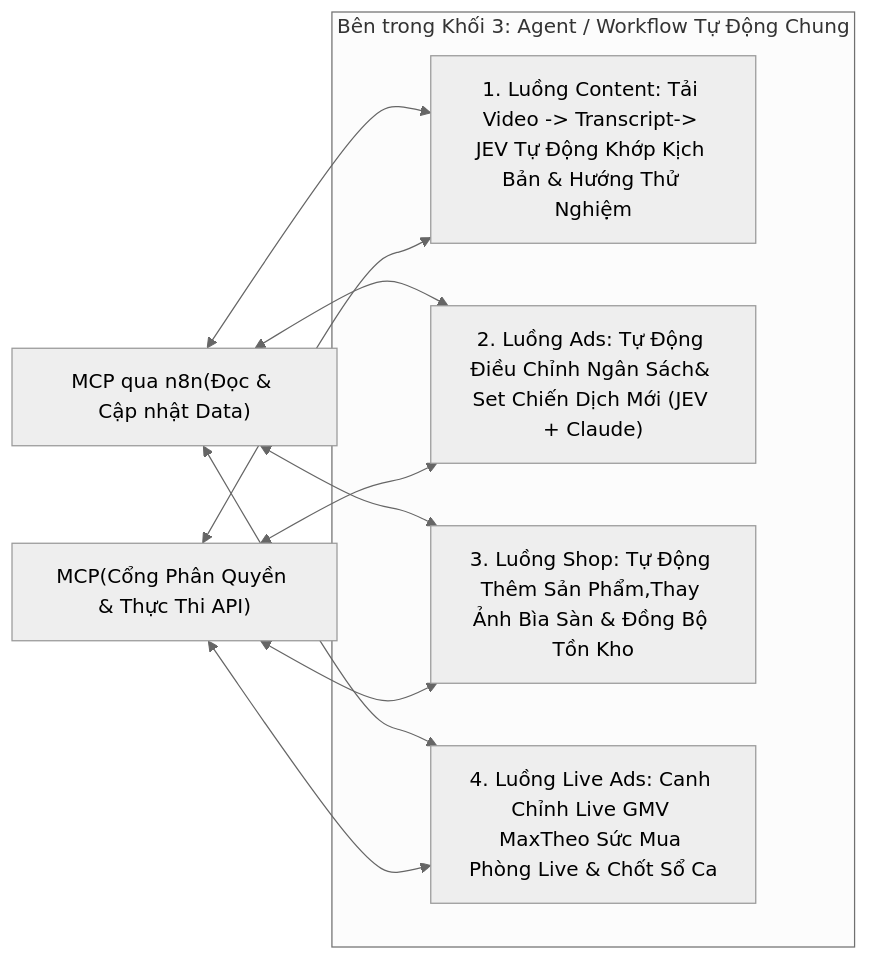
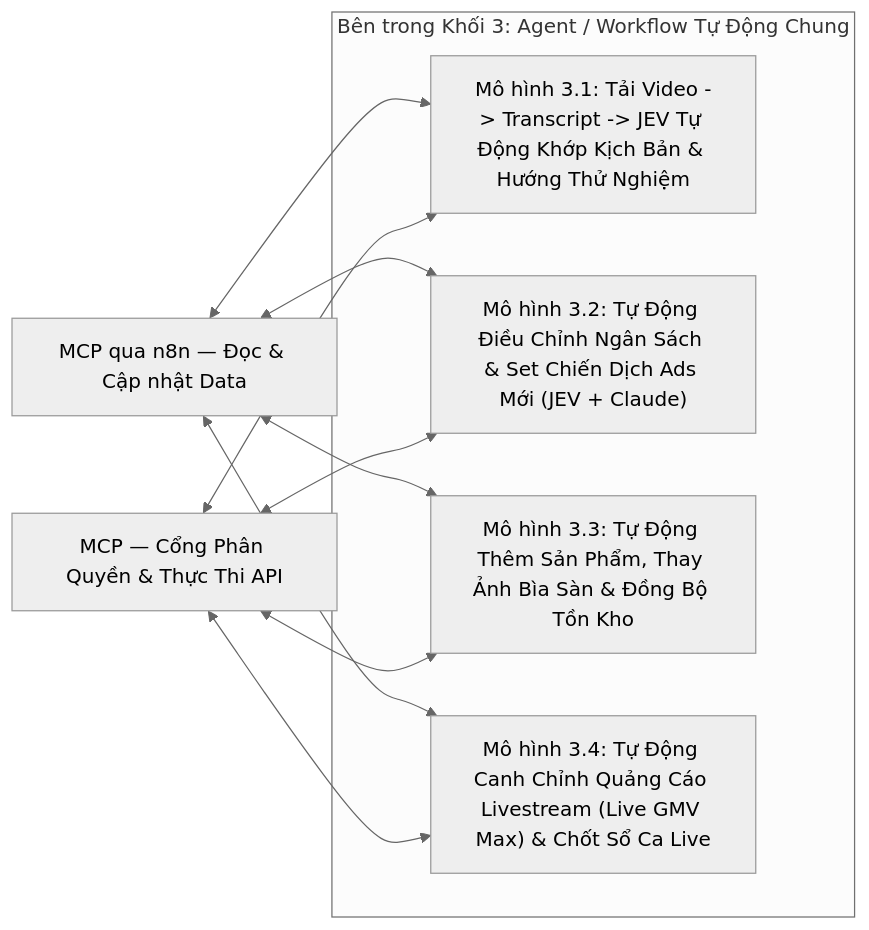
The ninth of 17 diagrams in SYSTEM_ARCHITECTURE.md (hattorimkk/api-docs), drawn with Mermaid (neutral theme) before and after one commit. The commit also changed other lines of this file, not shown here.

````diff
--- a/SYSTEM_ARCHITECTURE.md
+++ b/SYSTEM_ARCHITECTURE.md
@@ -547,24 +722,24 @@
 ```mermaid
 flowchart LR
-    MCP_DATA["MCP qua n8n(Đọc & Cập nhật Data)"]
-    MCP_ACT["MCP(Cổng Phân Quyền & Thực Thi API)"]
+    MCP_DATA["MCP qua n8n — Đọc & Cập nhật Data"]
+    MCP_ACT["MCP — Cổng Phân Quyền & Thực Thi API"]
 
     subgraph BOX3_DETAIL["Bên trong Khối 3: Agent / Workflow Tự Động Chung"]
-        W_CONTENT["1. Luồng Content: Tải Video -> Transcript-> JEV Tự Động Khớp Kịch Bản & Hướng Thử Nghiệm"]
-        W_ADS["2. Luồng Ads: Tự Động Điều Chỉnh Ngân Sách& Set Chiến Dịch Mới (JEV + Claude)"]
-        W_SHOP["3. Luồng Shop: Tự Động Thêm Sản Phẩm,Thay Ảnh Bìa Sàn & Đồng Bộ Tồn Kho"]
-        W_LIVE["4. Luồng Live Ads: Canh Chỉnh Live GMV MaxTheo Sức Mua Phòng Live & Chốt Sổ Ca"]
+        W_CONTENT["Mô hình 3.1: Tải Video -> Transcript -> JEV Tự Động Khớp Kịch Bản & Hướng Thử Nghiệm"]
+        W_ADS["Mô hình 3.2: Tự Động Điều Chỉnh Ngân Sách & Set Chiến Dịch Ads Mới (JEV + Claude)"]
+        W_SHOP["Mô hình 3.3: Tự Động Thêm Sản Phẩm, Thay Ảnh Bìa Sàn & Đồng Bộ Tồn Kho"]
+        W_LIVE["Mô hình 3.4: Tự Động Canh Chỉnh Quảng Cáo Livestream (Live GMV Max) & Chốt Sổ Ca Live"]
     end
 
     MCP_DATA <--> W_CONTENT
     MCP_ACT <--> W_CONTENT
 
     MCP_DATA <--> W_ADS
     MCP_ACT <--> W_ADS
 
     MCP_DATA <--> W_SHOP
     MCP_ACT <--> W_SHOP
 
     MCP_DATA <--> W_LIVE
     MCP_ACT <--> W_LIVE
 ```
````
